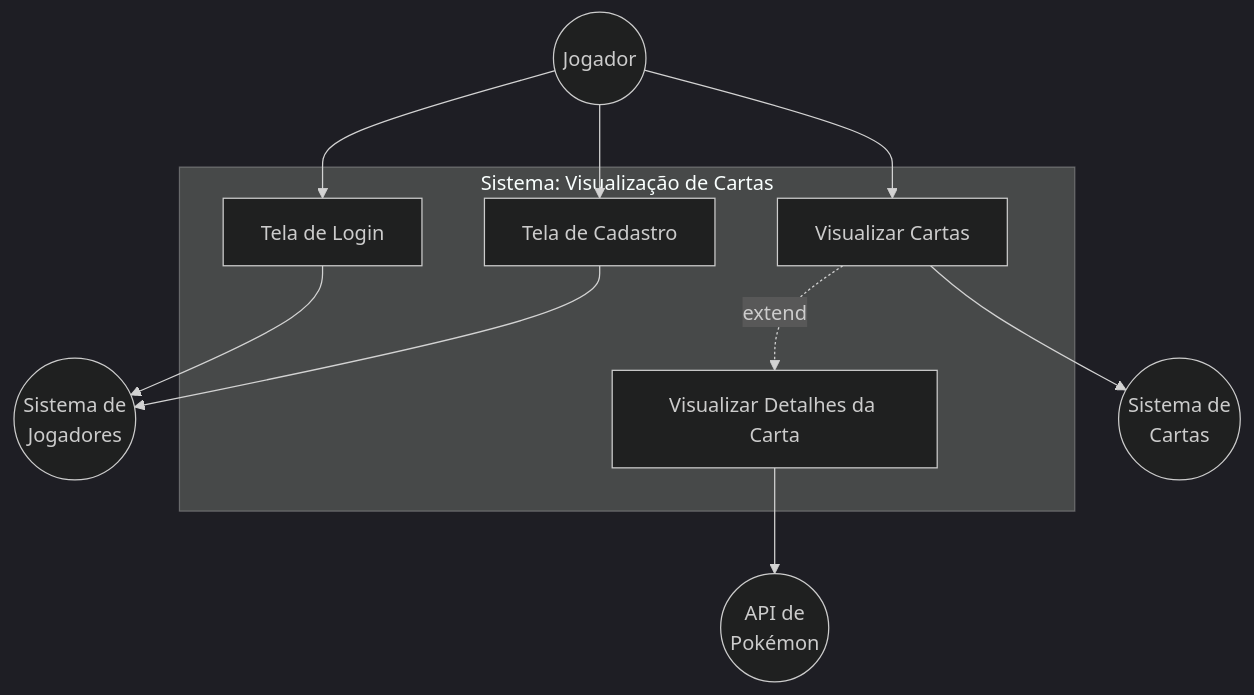
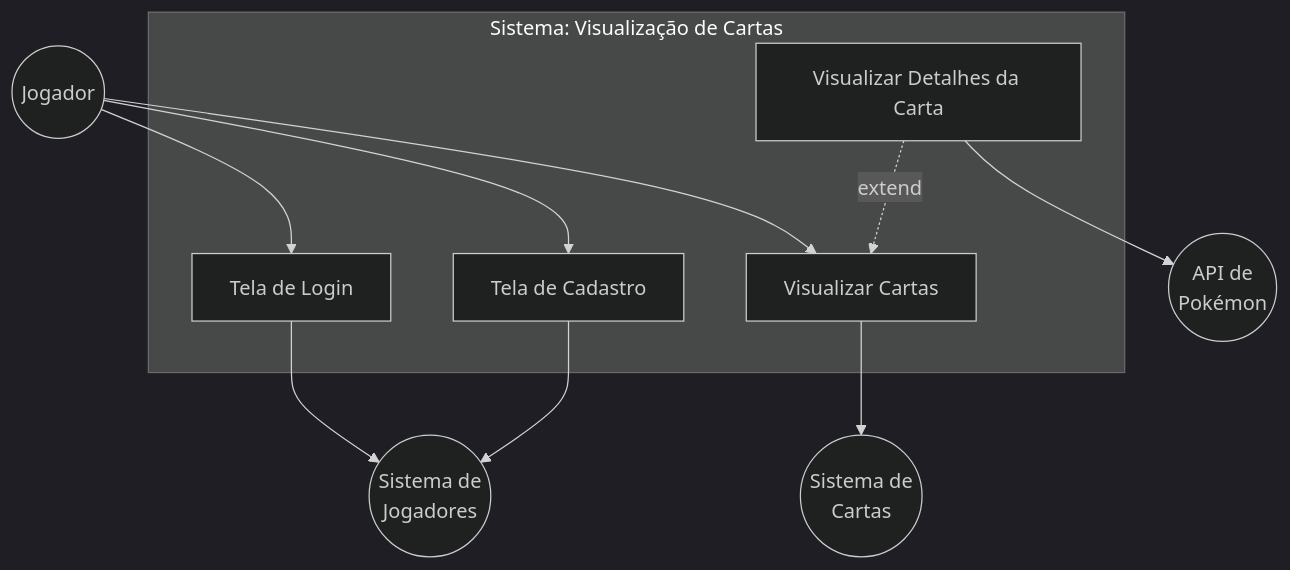
One commit to Inatel-S03-20261/Tema-04 changed the first of 2 diagrams in README.md. Above: the diagram before and after it, drawn with Mermaid (dark theme). The commit also changed other lines of this file, not shown here.

Commit message:
docs: adiciona multiplicidade no diagrama de classes

````diff
--- a/README.md
+++ b/README.md
@@ -50,24 +50,24 @@
 ```mermaid
 graph TD
     Jogador((Jogador))
     SistemaJogadores((Sistema de\nJogadores))
     SistemaCartas((Sistema de\nCartas))
     PokeAPI((API de\nPokémon))
 
     subgraph Sistema: Visualização de Cartas
         UC1[Tela de Login]
         UC2[Tela de Cadastro]
         UC3[Visualizar Cartas]
         UC4[Visualizar Detalhes da Carta]
     end
 
     Jogador --> UC1
     Jogador --> UC2
     Jogador --> UC3
-    UC3 -.->|extend| UC4
+    UC4 -.->|extend| UC3
 
     UC1 --> SistemaJogadores
     UC2 --> SistemaJogadores
     UC3 --> SistemaCartas
     UC4 --> PokeAPI
 ```
````
